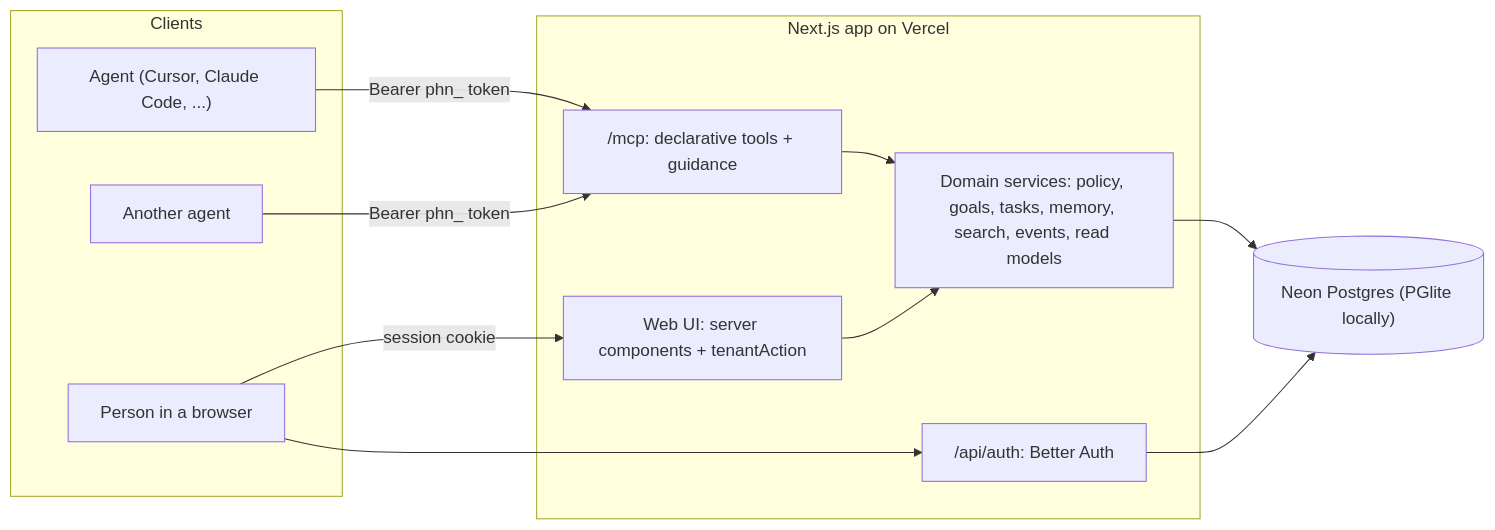
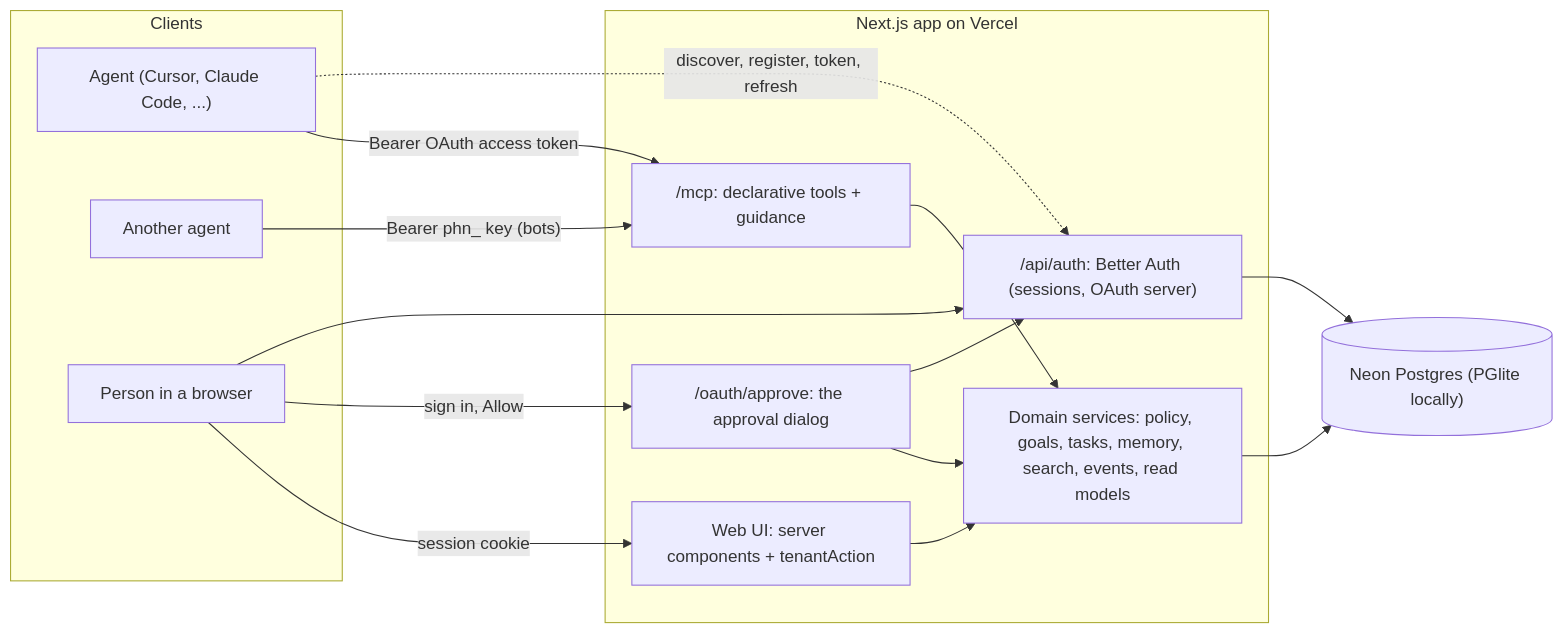
Before and after one commit to orweis/phean: the first of 3 diagrams in docs/ARCHITECTURE.md, drawn with Mermaid. The commit also changed other lines of this file and 18 other files, not shown here.

First line of the commit message:
Lead the Agents page with OAuth and keep fixed keys for bots

````diff
--- a/docs/ARCHITECTURE.md
+++ b/docs/ARCHITECTURE.md
@@ -5,23 +5,28 @@
 ```mermaid
 flowchart LR
     subgraph clients [Clients]
         AgentA["Agent (Cursor, Claude Code, ...)"]
         AgentB[Another agent]
         Browser[Person in a browser]
     end
     subgraph app [Next.js app on Vercel]
         Mcp["/mcp: declarative tools + guidance"]
         Web["Web UI: server components + tenantAction"]
-        Auth["/api/auth: Better Auth"]
+        Approve["/oauth/approve: the approval dialog"]
+        Auth["/api/auth: Better Auth (sessions, OAuth server)"]
         Domain["Domain services: policy, goals, tasks, memory, search, events, read models"]
     end
     Db[("Neon Postgres (PGlite locally)")]
-    AgentA -->|"Bearer phn_ token"| Mcp
-    AgentB -->|"Bearer phn_ token"| Mcp
+    AgentA -->|"Bearer OAuth access token"| Mcp
+    AgentA -.->|"discover, register, token, refresh"| Auth
+    AgentB -->|"Bearer phn_ key (bots)"| Mcp
     Browser -->|session cookie| Web
+    Browser -->|"sign in, Allow"| Approve
     Browser --> Auth
+    Approve --> Domain
+    Approve --> Auth
     Mcp --> Domain
     Web --> Domain
     Domain --> Db
     Auth --> Db
 ```
````
